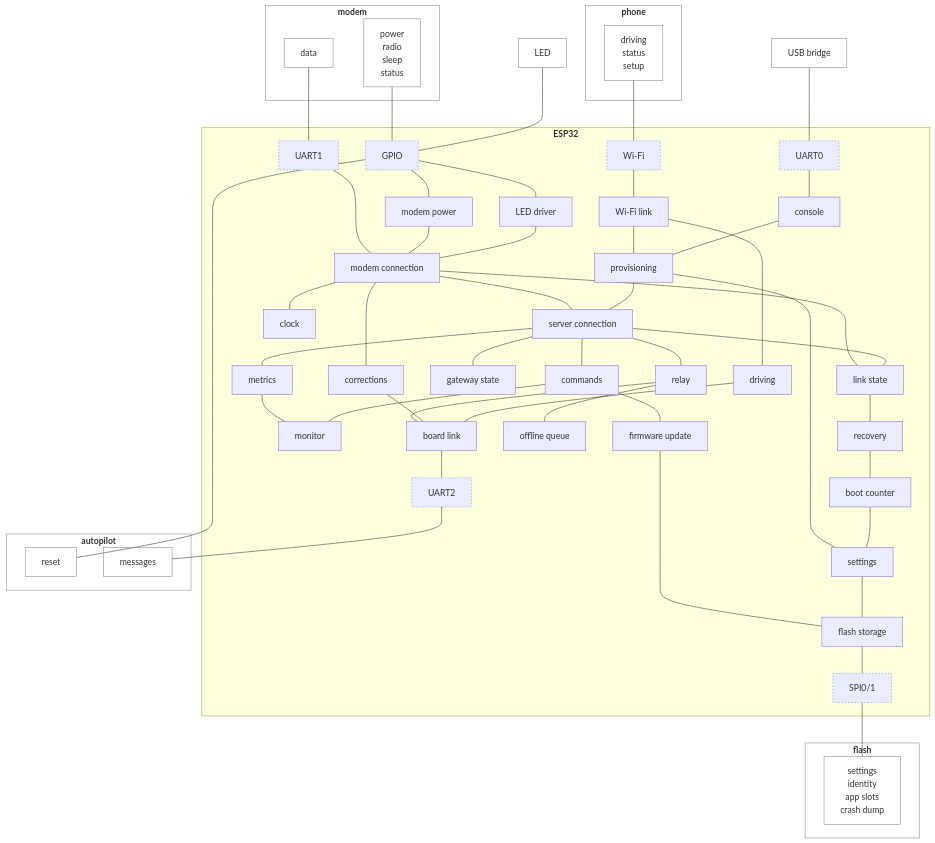
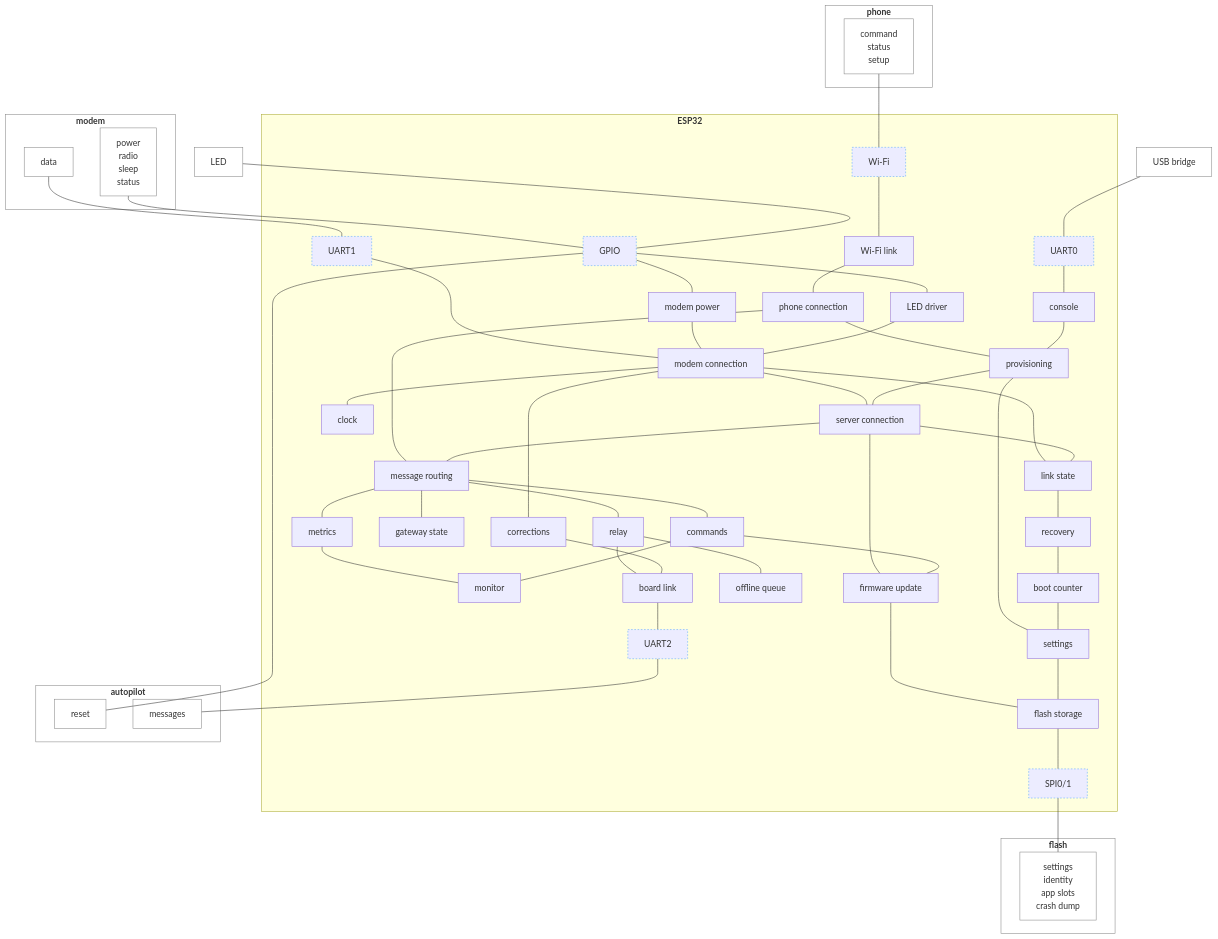
One commit to rmx-lt/rmx-mower-gateway changed the diagram in .esp-architecture/diagrams/block-draft.md. Above: the diagram before and after it, drawn with Mermaid.

Commit message:
Draft: server and phone as equal command sources

```diff
--- a/.esp-architecture/diagrams/block-draft.md
+++ b/.esp-architecture/diagrams/block-draft.md
@@ -10,7 +10,7 @@
   end
   led["LED"]
   subgraph ph["<b>phone</b>"]
-    pparts["driving<br/>status<br/>setup"]
+    pparts["command<br/>status<br/>setup"]
   end
   usb["USB bridge"]
   subgraph cpu["<b>ESP32</b>"]
@@ -25,7 +25,8 @@
     con["console"]
     ntrip["corrections"]
     mqtt["server connection"]
-    drive["driving"]
+    phc["phone connection"]
+    msg["message routing"]
     prov["provisioning"]
     cmd["commands"]
     upd["firmware update"]
@@ -58,18 +59,21 @@
   gp --- ledd --- conn
   pparts --- wf --- wl
   usb --- u0 --- con
-  wl --- drive
-  wl --- prov
+  wl --- phc
+  phc --- msg
+  phc --- prov
   con --- prov
   conn --- mqtt
   conn --- ntrip
   conn --- clk
   conn --- ls
   mqtt --- ls
-  mqtt --- cmd
-  mqtt --- state
-  mqtt --- met
-  mqtt --- relay
+  mqtt --- msg
+  mqtt --- upd
+  msg --- cmd
+  msg --- state
+  msg --- met
+  msg --- relay
   met --- mon
   cmd --- mon
   cmd --- upd
@@ -81,7 +85,6 @@
   relay --- q
   relay --- bl
   ntrip --- bl
-  drive --- bl
   upd --- fs
   set --- fs
   fs --- sp --- fparts
```
